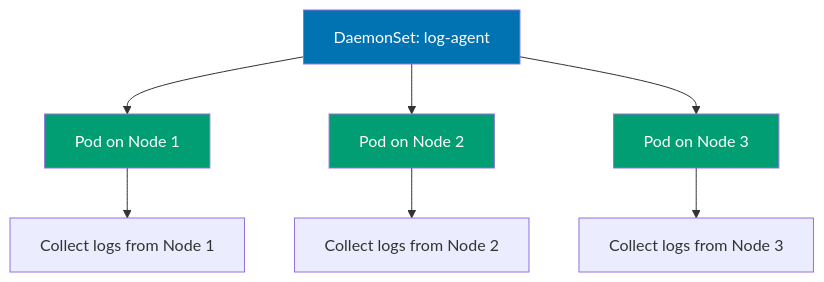
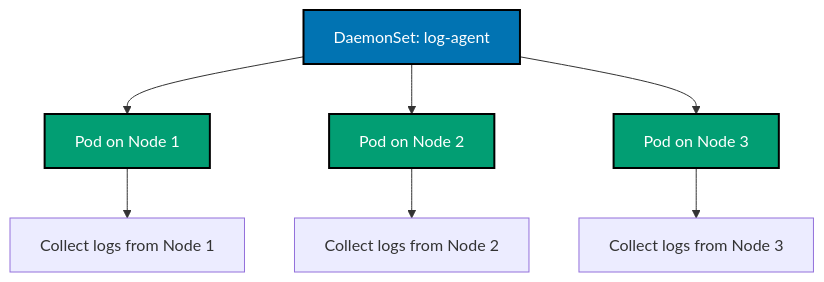
One commit to wahidyankf/open-sharia-enterprise changed the second of 12 diagrams in apps/ayokoding-web/content/en/learn/software-engineering/infrastructure/tools/kubernetes/by-example/intermediate.md. Above: the diagram before and after it, drawn with Mermaid. The commit also changed other lines of this file and 25 other files, not shown here.

````diff
--- a/apps/ayokoding-web/content/en/learn/software-engineering/infrastructure/tools/kubernetes/by-example/intermediate.md
+++ b/apps/ayokoding-web/content/en/learn/software-engineering/infrastructure/tools/kubernetes/by-example/intermediate.md
@@ -581,15 +582,16 @@
 ```mermaid
+%% Color Palette: Blue #0173B2, Orange #DE8F05, Teal #029E73, Purple #CC78BC, Brown #CA9161
 %% DaemonSet on all nodes
 graph TD
  A[DaemonSet: log-agent] --> B[Pod on Node 1]
  A --> C[Pod on Node 2]
  A --> D[Pod on Node 3]
  B --> E[Collect logs from Node 1]
  C --> F[Collect logs from Node 2]
  D --> G[Collect logs from Node 3]
 
- style A fill:#0173B2,color:#fff
- style B fill:#029E73,color:#fff
- style C fill:#029E73,color:#fff
- style D fill:#029E73,color:#fff
+ style A fill:#0173B2,stroke:#000000,stroke-width:2px,color:#fff
+ style B fill:#029E73,stroke:#000000,stroke-width:2px,color:#fff
+ style C fill:#029E73,stroke:#000000,stroke-width:2px,color:#fff
+ style D fill:#029E73,stroke:#000000,stroke-width:2px,color:#fff
 ```
````
